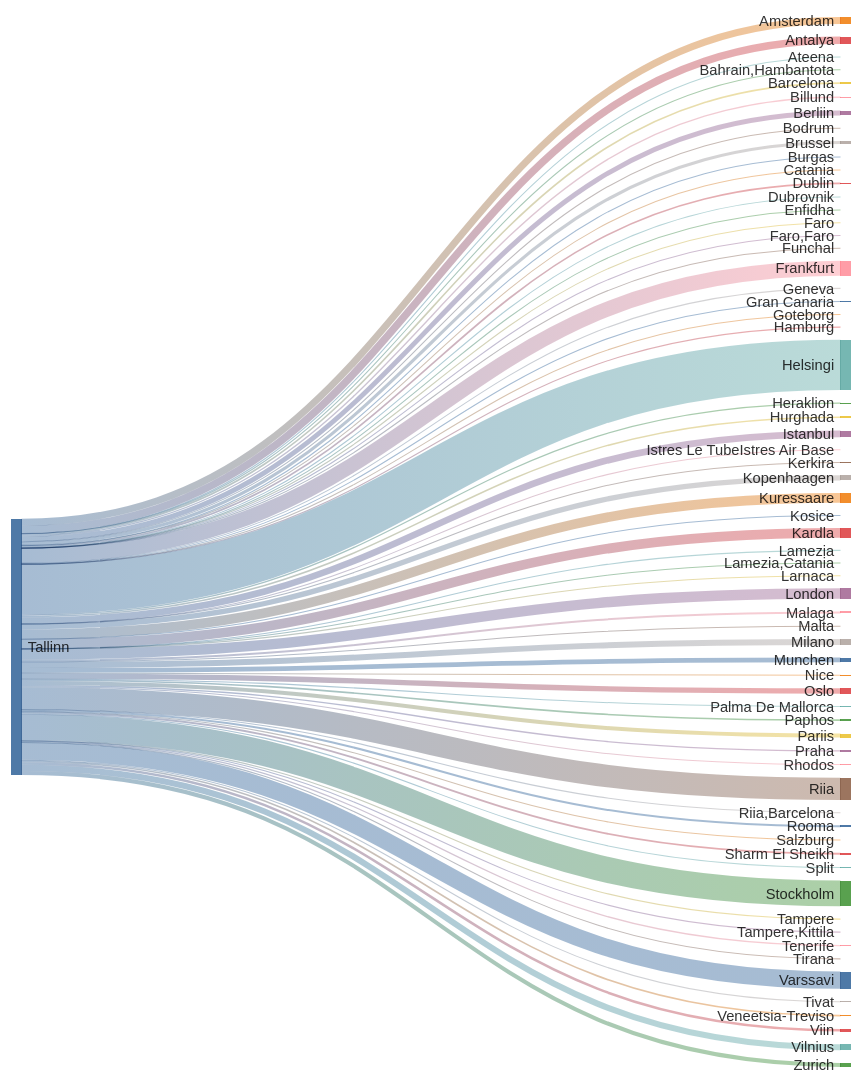
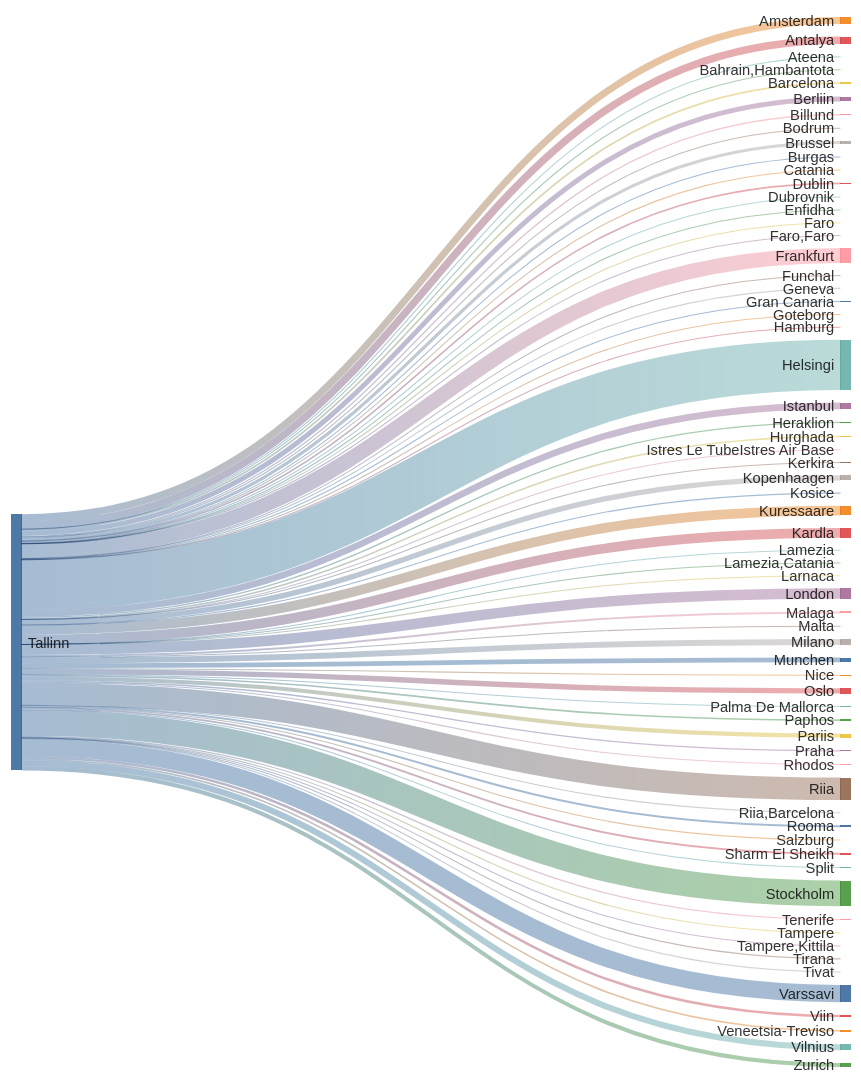
The second of 2 diagrams in README.md (rainermesi/tll-airport-departures), drawn with Mermaid before and after one commit. The commit also changed other lines of this file, not shown here.

````diff
--- a/README.md
+++ b/README.md
@@ -34,77 +34,77 @@
 ```mermaid
 ---
 config:
   sankey:
     showValues: false
     width: 800
     height: 1000
 ---
 sankey-beta
 %% source,target,value
-Tallinn,Amsterdam,252
+Tallinn,Amsterdam,253
 Tallinn,Antalya,269
 Tallinn,Ateena,16
 Tallinn,"Bahrain,Hambantota",1
-Tallinn,Barcelona,59
-Tallinn,Berliin,175
+Tallinn,Barcelona,60
+Tallinn,Berliin,177
 Tallinn,Billund,49
 Tallinn,Bodrum,11
-Tallinn,Brussel,114
+Tallinn,Brussel,115
 Tallinn,Burgas,21
 Tallinn,Catania,2
 Tallinn,Dublin,59
 Tallinn,Dubrovnik,21
 Tallinn,Enfidha,7
 Tallinn,Faro,4
 Tallinn,"Faro,Faro",1
-Tallinn,Frankfurt,533
+Tallinn,Frankfurt,536
 Tallinn,Funchal,5
 Tallinn,Geneva,9
-Tallinn,Gran Canaria,29
+Tallinn,Gran Canaria,30
 Tallinn,Goteborg,1
 Tallinn,Hamburg,1
-Tallinn,Helsingi,1806
+Tallinn,Helsingi,1815
 Tallinn,Heraklion,46
 Tallinn,Hurghada,54
-Tallinn,Istanbul,238
+Tallinn,Istanbul,240
 Tallinn,Istres Le TubeIstres Air Base,2
 Tallinn,Kerkira,4
-Tallinn,Kopenhaagen,192
+Tallinn,Kopenhaagen,193
 Tallinn,Kosice,1
-Tallinn,Kuressaare,350
-Tallinn,Kardla,350
+Tallinn,Kuressaare,351
+Tallinn,Kardla,351
 Tallinn,Lamezia,1
 Tallinn,"Lamezia,Catania",3
 Tallinn,Larnaca,4
-Tallinn,London,377
+Tallinn,London,379
 Tallinn,Malaga,71
 Tallinn,Malta,15
-Tallinn,Milano,215
+Tallinn,Milano,216
 Tallinn,Munchen,171
 Tallinn,Nice,25
-Tallinn,Oslo,193
+Tallinn,Oslo,195
 Tallinn,Palma De Mallorca,19
 Tallinn,Paphos,57
-Tallinn,Pariis,145
+Tallinn,Pariis,146
 Tallinn,Praha,49
 Tallinn,Rhodos,32
-Tallinn,Riia,809
+Tallinn,Riia,813
 Tallinn,"Riia,Barcelona",1
-Tallinn,Rooma,71
+Tallinn,Rooma,72
 Tallinn,Salzburg,10
-Tallinn,Sharm El Sheikh,66
+Tallinn,Sharm El Sheikh,68
 Tallinn,Split,25
-Tallinn,Stockholm,926
+Tallinn,Stockholm,931
 Tallinn,Tampere,17
 Tallinn,"Tampere,Kittila",13
 Tallinn,Tenerife,45
 Tallinn,Tirana,8
 Tallinn,Tivat,26
-Tallinn,Varssavi,622
-Tallinn,Veneetsia-Treviso,58
+Tallinn,Varssavi,625
+Tallinn,Veneetsia-Treviso,59
 Tallinn,Viin,93
-Tallinn,Vilnius,220
-Tallinn,Zurich,147
+Tallinn,Vilnius,221
+Tallinn,Zurich,148
 
 
 ```
````
